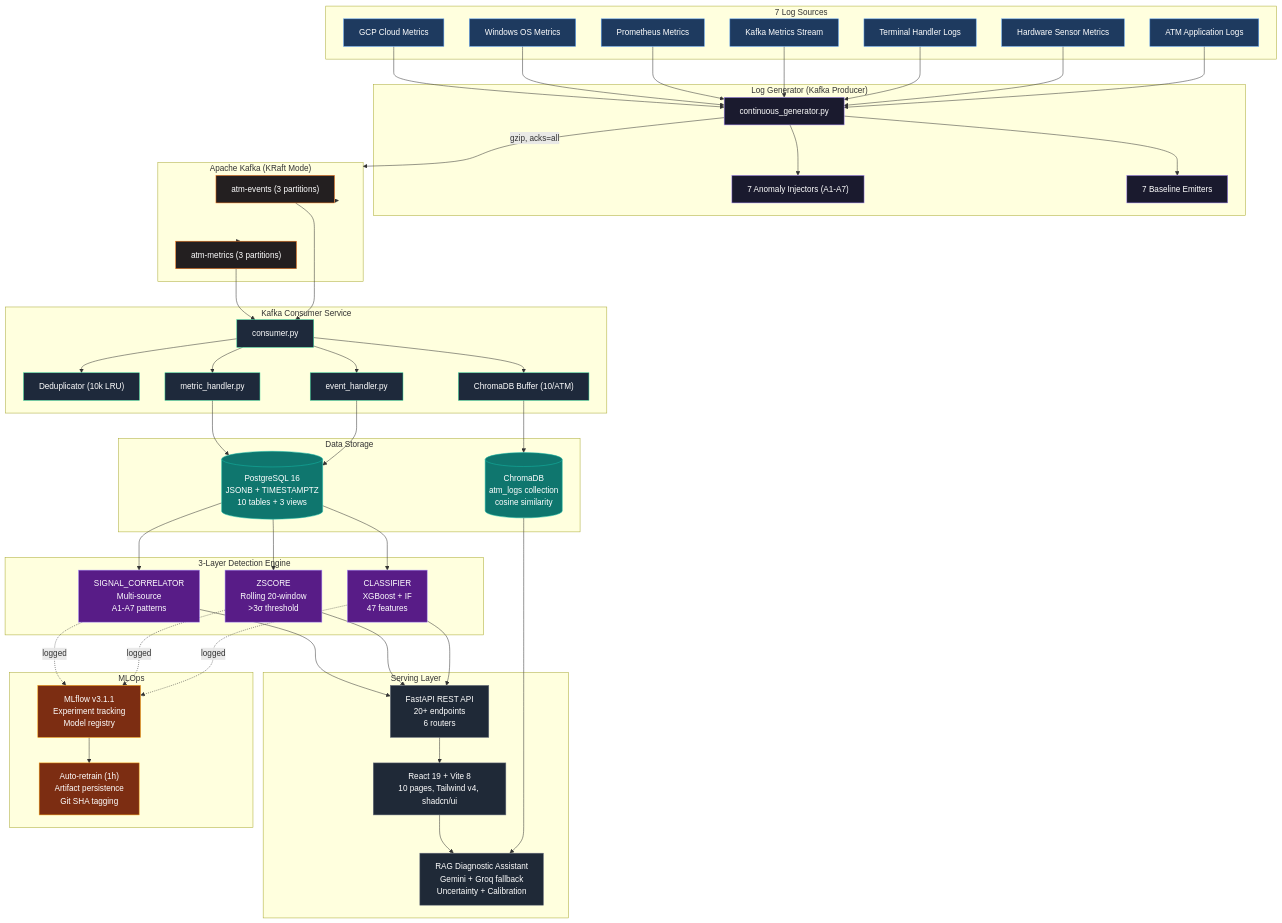
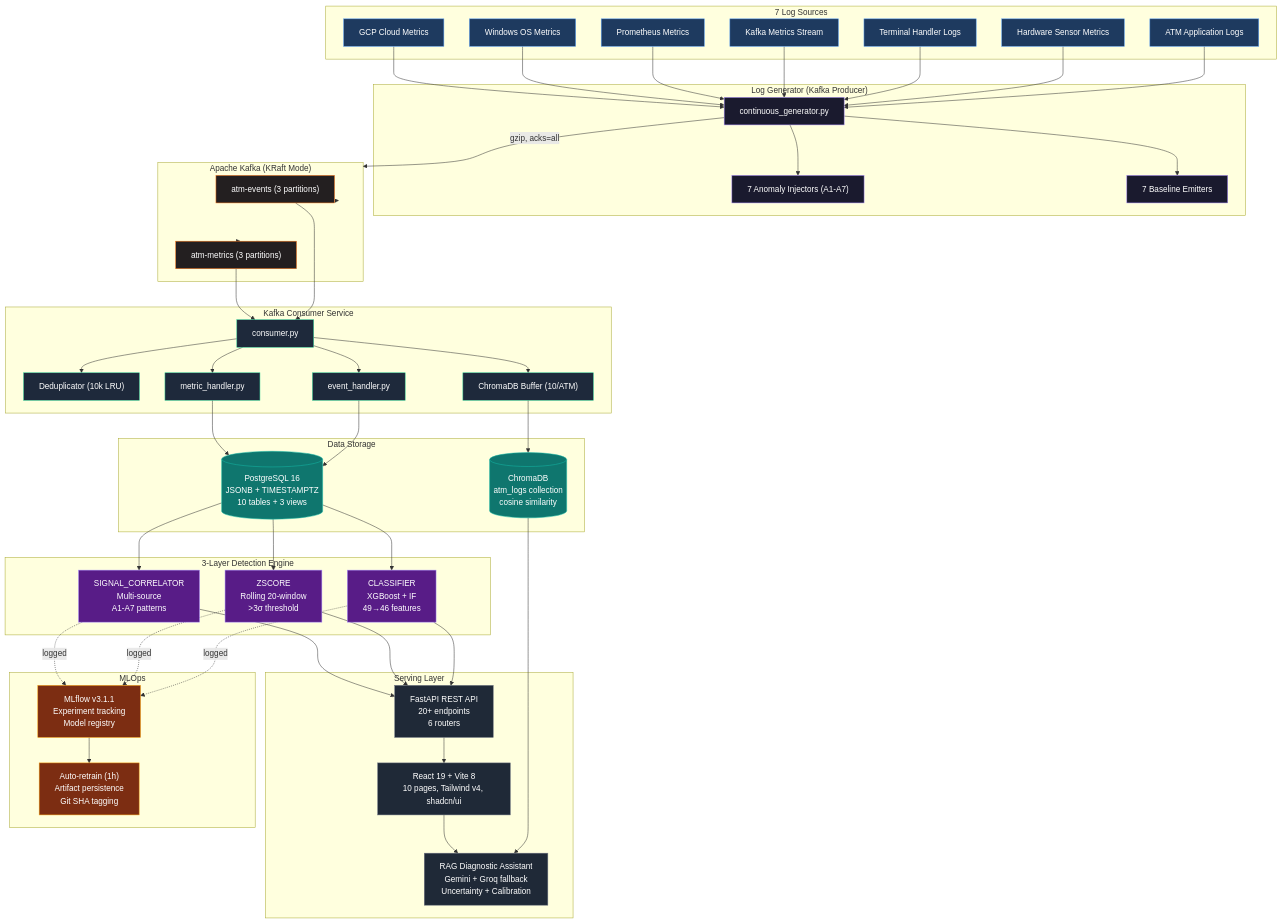
One commit to AhmedIkram05/laad changed the first of 10 diagrams in README.md. Above: the diagram before and after it, drawn with Mermaid. The commit also changed other lines of this file, not shown here.

```diff
--- a/README.md
+++ b/README.md
@@ -125,7 +128,7 @@
   end
 
   subgraph Detection ["3-Layer Detection Engine"]
-    CLS["CLASSIFIER\nXGBoost + IF\n47 features"]
+    CLS["CLASSIFIER\nXGBoost + IF\n49→46 features"]
     ZSC["ZSCORE\nRolling 20-window\n>3σ threshold"]
     SCC["SIGNAL_CORRELATOR\nMulti-source\nA1-A7 patterns"]
   end
```
